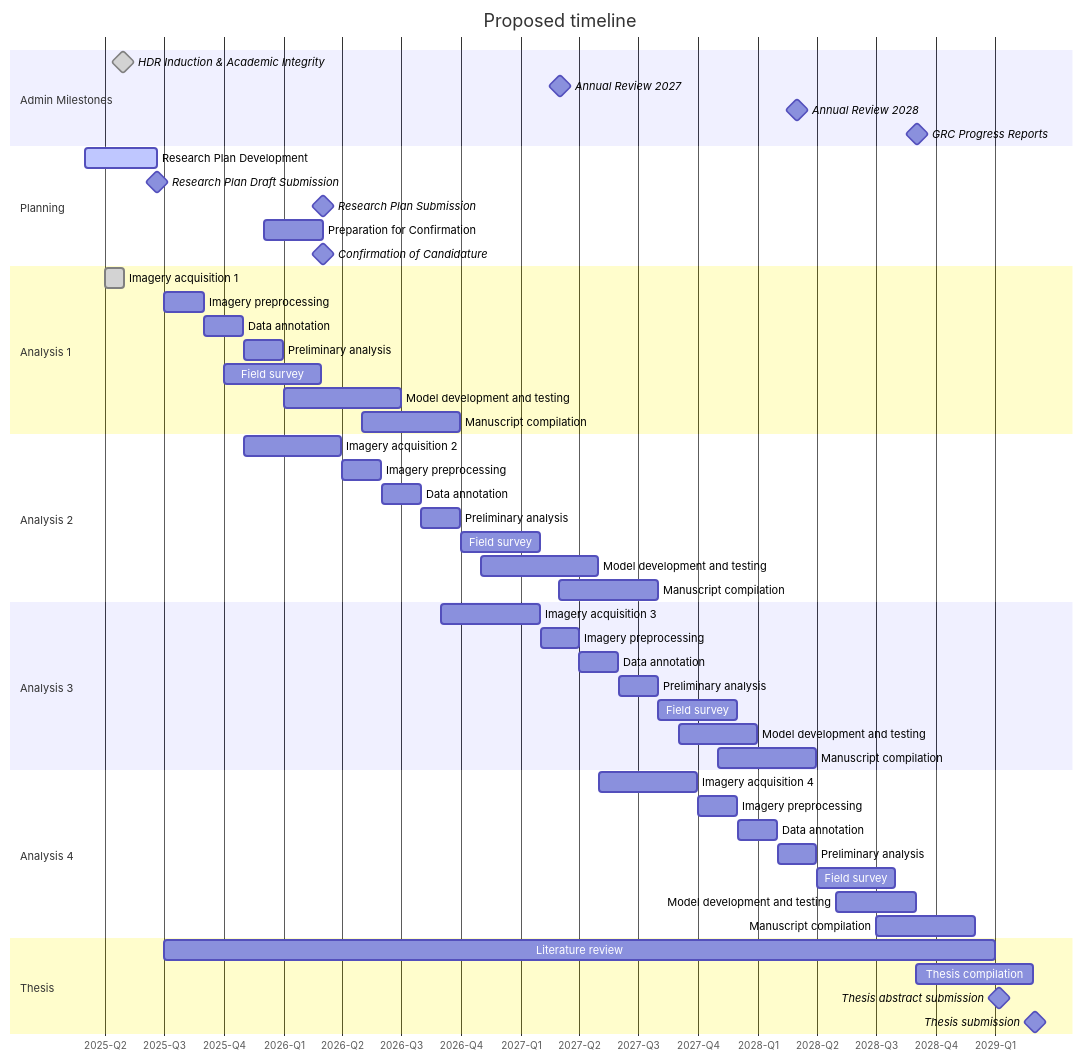
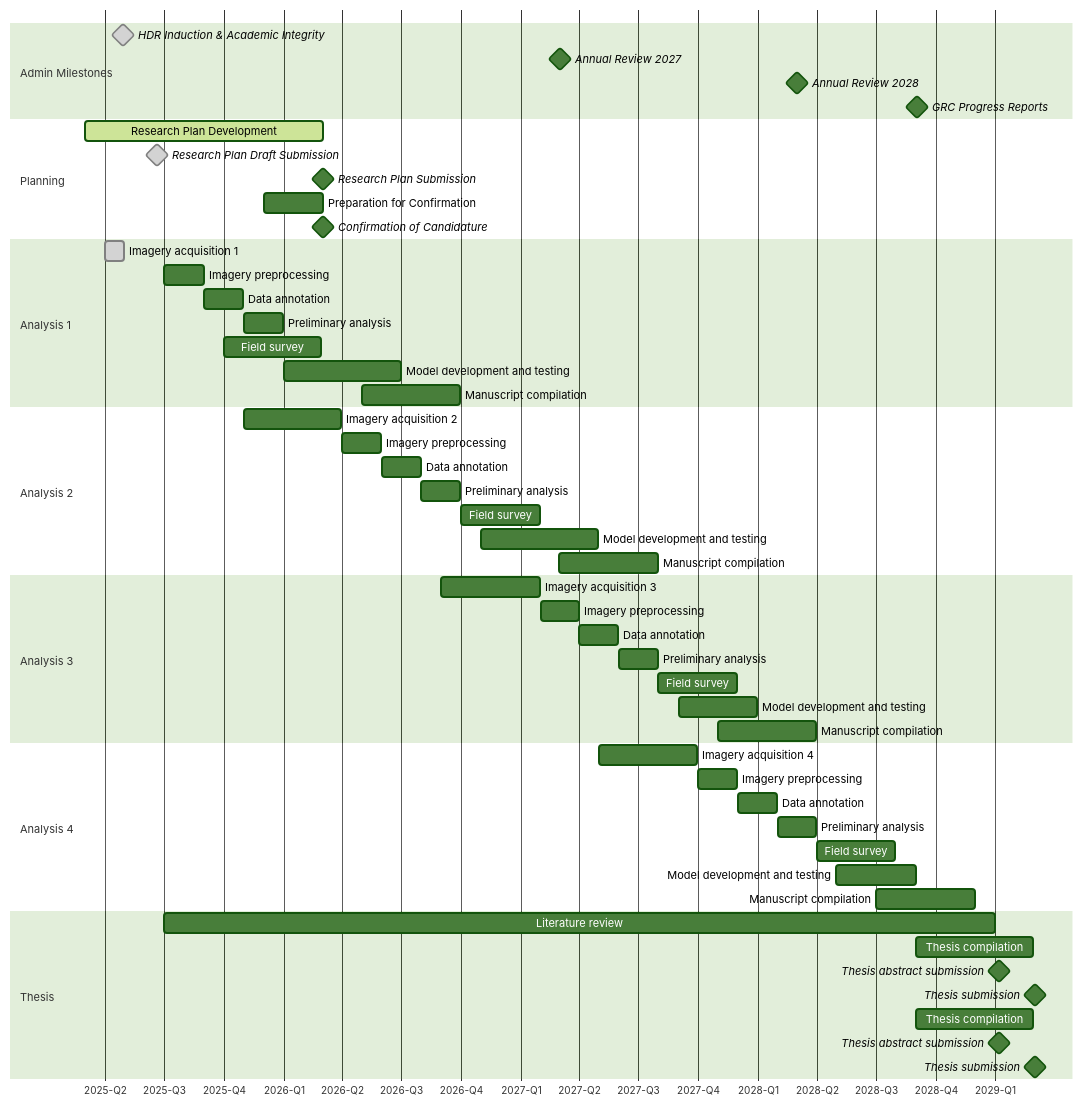
The diagram in doc/911_appendix-1_proposed-timeline.md (peterwjacko/tassie-trees-research-plan), drawn with Mermaid before and after one commit. The commit also changed other lines of this file, not shown here.

Commit message:
update mermaid timeline

````diff
--- a/doc/911_appendix-1_proposed-timeline.md
+++ b/doc/911_appendix-1_proposed-timeline.md
@@ -3,63 +8,69 @@
-```mermaid
+```{mermaid}
+:class: col-page-right
+
+%%{init: {'displayMode':'compact','theme':'forest'}}%%
+
 gantt
     dateFormat  YYYY-MM-DD
-    title Proposed timeline
     axisFormat %Y-Q%q
     todayMarker off
 
     section Admin Milestones
     HDR Induction & Academic Integrity    :milestone, done, 2025-04-28, 0d
     Annual Review 2027                    :milestone, 2027-03-03, 0d
     Annual Review 2028                    :milestone, 2028-03-02, 0d
     GRC Progress Reports                  :milestone, 2028-09-03, 0d
 
     section Planning
-    Research Plan Development             :active, 2025-03-01, 2025-06-20
-    Research Plan Draft Submission        :milestone, 2025-06-20, 0d
+    Research Plan Development             :active, 2025-03-01, 2026-03-03
+    Research Plan Draft Submission        :milestone, done, 2025-06-20, 0d
     Research Plan Submission              :milestone, 2026-03-03, 0d
     Preparation for Confirmation          :2025-12-01, 2026-03-03
     Confirmation of Candidature           :milestone, 2026-03-03, 0d
 
     section Analysis 1
     Imagery acquisition 1                 :done, 2025-04-01, 2025-04-30
     Imagery preprocessing                 :2025-07-01, 2025-08-31
     Data annotation                       :2025-09-01, 2025-10-31
     Preliminary analysis                  :2025-11-01, 2025-12-31
     Field survey                          :2025-10-01, 2026-02-28
     Model development and testing         :2026-01-01, 2026-06-30
     Manuscript compilation                :2026-05-01, 2026-09-30
 
     section Analysis 2
     Imagery acquisition 2                 :2025-11-01, 2026-03-31
     Imagery preprocessing                 :2026-04-01, 2026-05-31
     Data annotation                       :2026-06-01, 2026-07-31
     Preliminary analysis                  :2026-08-01, 2026-09-30
     Field survey                          :2026-10-01, 2027-01-31
     Model development and testing         :2026-11-01, 2027-04-30
     Manuscript compilation                :2027-03-01, 2027-07-31
 
     section Analysis 3
     Imagery acquisition 3                 :2026-09-01, 2027-01-31
     Imagery preprocessing                 :2027-02-01, 2027-03-31
     Data annotation                       :2027-04-01, 2027-05-31
     Preliminary analysis                  :2027-06-01, 2027-07-31
     Field survey                          :2027-08-01, 2027-11-30
     Model development and testing         :2027-09-01, 2027-12-31
     Manuscript compilation                :2027-11-01, 2028-03-31
 
     section Analysis 4
     Imagery acquisition 4                 :2027-05-01, 2027-09-30
     Imagery preprocessing                 :2027-10-01, 2027-11-30
     Data annotation                       :2027-12-01, 2028-01-31
     Preliminary analysis                  :2028-02-01, 2028-03-31
     Field survey                          :2028-04-01, 2028-07-31
     Model development and testing         :2028-05-01, 2028-08-31
     Manuscript compilation                :2028-07-01, 2028-11-30
 
     section Thesis
     Literature review                     :2025-07-01, 2028-12-31
     Thesis compilation                    :2028-09-01, 2029-02-28
     Thesis abstract submission            :milestone, 2029-01-06, 0d
     Thesis submission                     :milestone, 2029-03-03, 0d
+    Thesis compilation                    :2028-09-01, 2029-02-28
+    Thesis abstract submission            :milestone, 2029-01-06, 0d
+    Thesis submission                     :milestone, 2029-03-03, 0d
 
 ```
````
